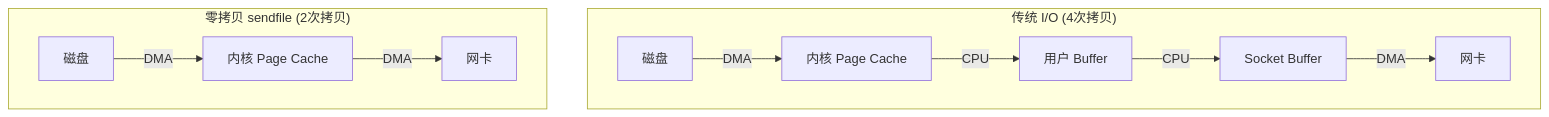
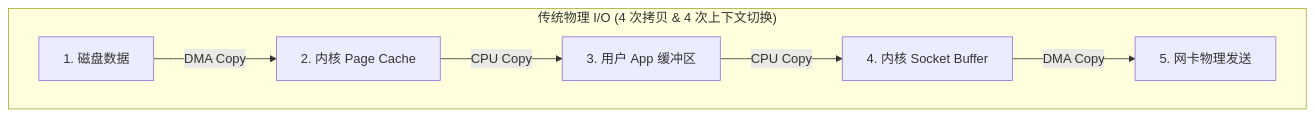
The third of 3 diagrams in docs/distributed/system/message-queue.md (Aiden-Coding/AiDocs), drawn with Mermaid before and after one commit. The commit also changed other lines of this file and 6 other files, not shown here.

````diff
--- a/docs/distributed/system/message-queue.md
+++ b/docs/distributed/system/message-queue.md
@@ -107,13 +128,9 @@
 ```mermaid
 graph TD
-    subgraph "传统 I/O (4次拷贝)"
-        A[磁盘] -->|DMA| B[内核 Page Cache]
-        B -->|CPU| C[用户 Buffer]
-        C -->|CPU| D[Socket Buffer]
-        D -->|DMA| E[网卡]
-    end
-    subgraph "零拷贝 sendfile (2次拷贝)"
-        F[磁盘] -->|DMA| G[内核 Page Cache]
-        G -->|DMA| H[网卡]
+    subgraph "传统物理 I/O (4 次拷贝 & 4 次上下文切换)"
+        Disk[1. 磁盘数据] -->|DMA Copy| OS_Kernel[2. 内核 Page Cache]
+        OS_Kernel -->|CPU Copy| App_Read[3. 用户 App 缓冲区]
+        App_Read -->|CPU Copy| OS_Socket[4. 内核 Socket Buffer]
+        OS_Socket -->|DMA Copy| NIC[5. 网卡物理发送]
     end
 ```
````
